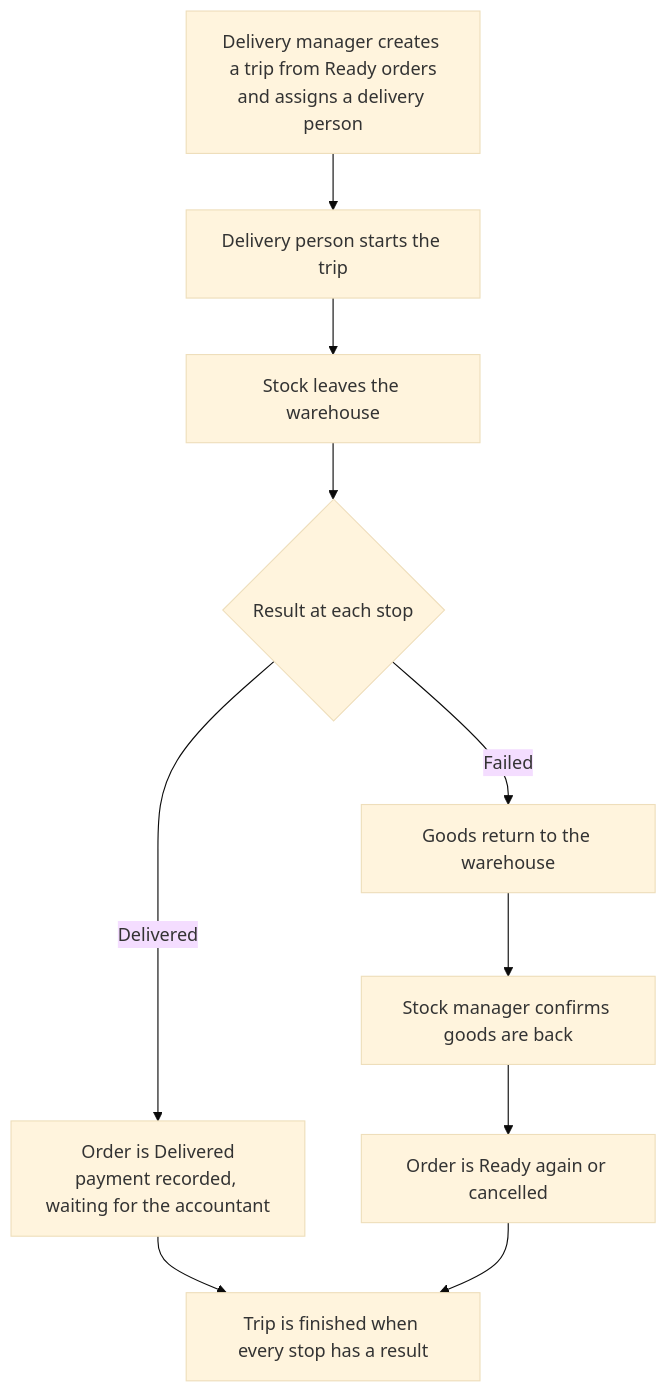
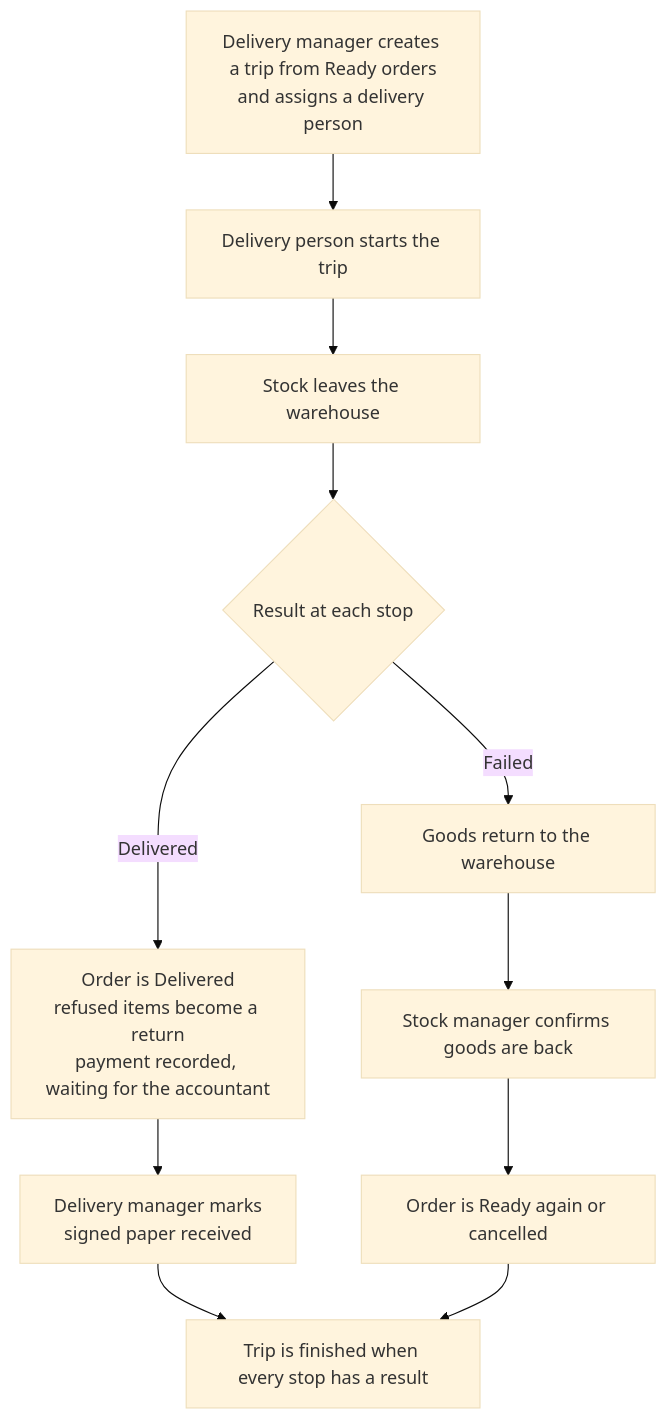
The diagram in docs/sub-plans/06-delivery.md (AhmedElnagarUU/Cosmo), drawn with Mermaid (base theme) before and after one commit. The commit also changed other lines of this file and 28 other files, not shown here.

````diff
--- a/docs/sub-plans/06-delivery.md
+++ b/docs/sub-plans/06-delivery.md
@@ -42,12 +47,13 @@
 ```mermaid
 flowchart TD
     A[Delivery manager creates a trip from Ready orders<br/>and assigns a delivery person] --> B[Delivery person starts the trip]
     B --> C[Stock leaves the warehouse]
     C --> D{Result at each stop}
-    D -- Delivered --> E[Order is Delivered<br/>payment recorded, waiting for the accountant]
+    D -- Delivered --> E[Order is Delivered<br/>refused items become a return<br/>payment recorded, waiting for the accountant]
     D -- Failed --> F[Goods return to the warehouse]
     F --> G[Stock manager confirms goods are back]
     G --> H[Order is Ready again or cancelled]
-    E --> I[Trip is finished when every stop has a result]
+    E --> E2[Delivery manager marks<br/>signed paper received]
+    E2 --> I[Trip is finished when every stop has a result]
     H --> I
 ```
````
